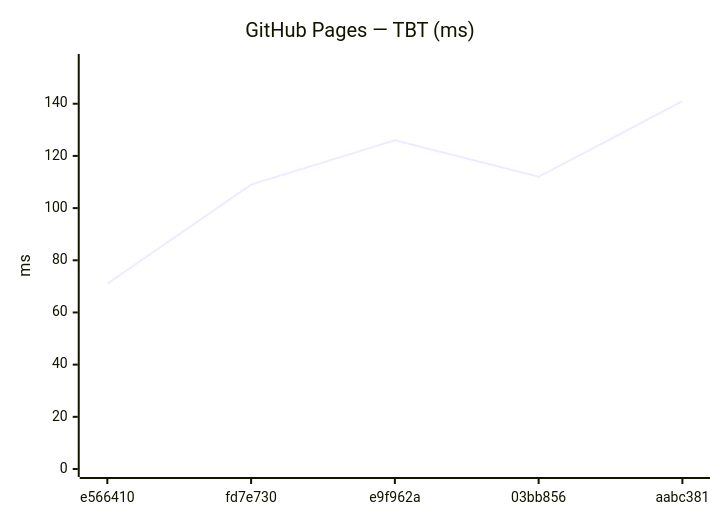
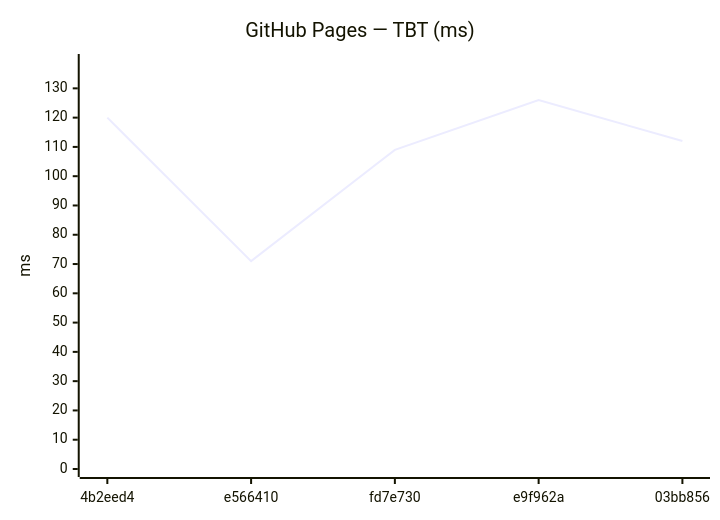
The tenth of 18 diagrams in benchmarks/compare.md (Metaheurist/Rianell), drawn with Mermaid before and after one commit. The commit also changed other lines of this file and 11 other files, not shown here.

````diff
--- a/benchmarks/compare.md
+++ b/benchmarks/compare.md
@@ -149,7 +149,7 @@
 ```mermaid
 xychart-beta
     title "GitHub Pages — TBT (ms)"
-    x-axis ["e566410", "fd7e730", "e9f962a", "03bb856", "aabc381"]
-    y-axis "ms" 0 --> 156
-    line [71, 109, 126, 112, 141]
+    x-axis ["4b2eed4", "e566410", "fd7e730", "e9f962a", "03bb856"]
+    y-axis "ms" 0 --> 139
+    line [120, 71, 109, 126, 112]
 ```
````
